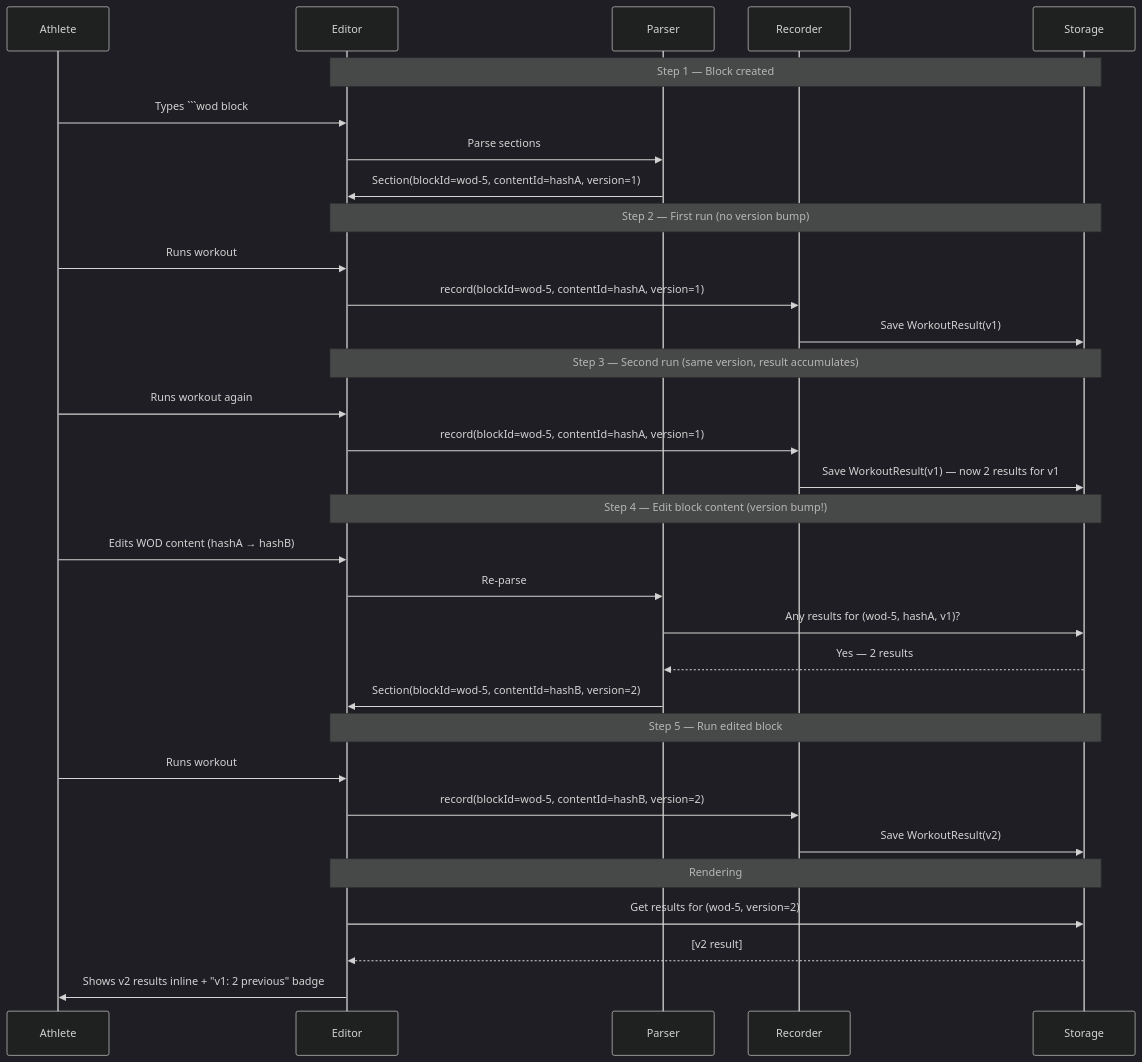
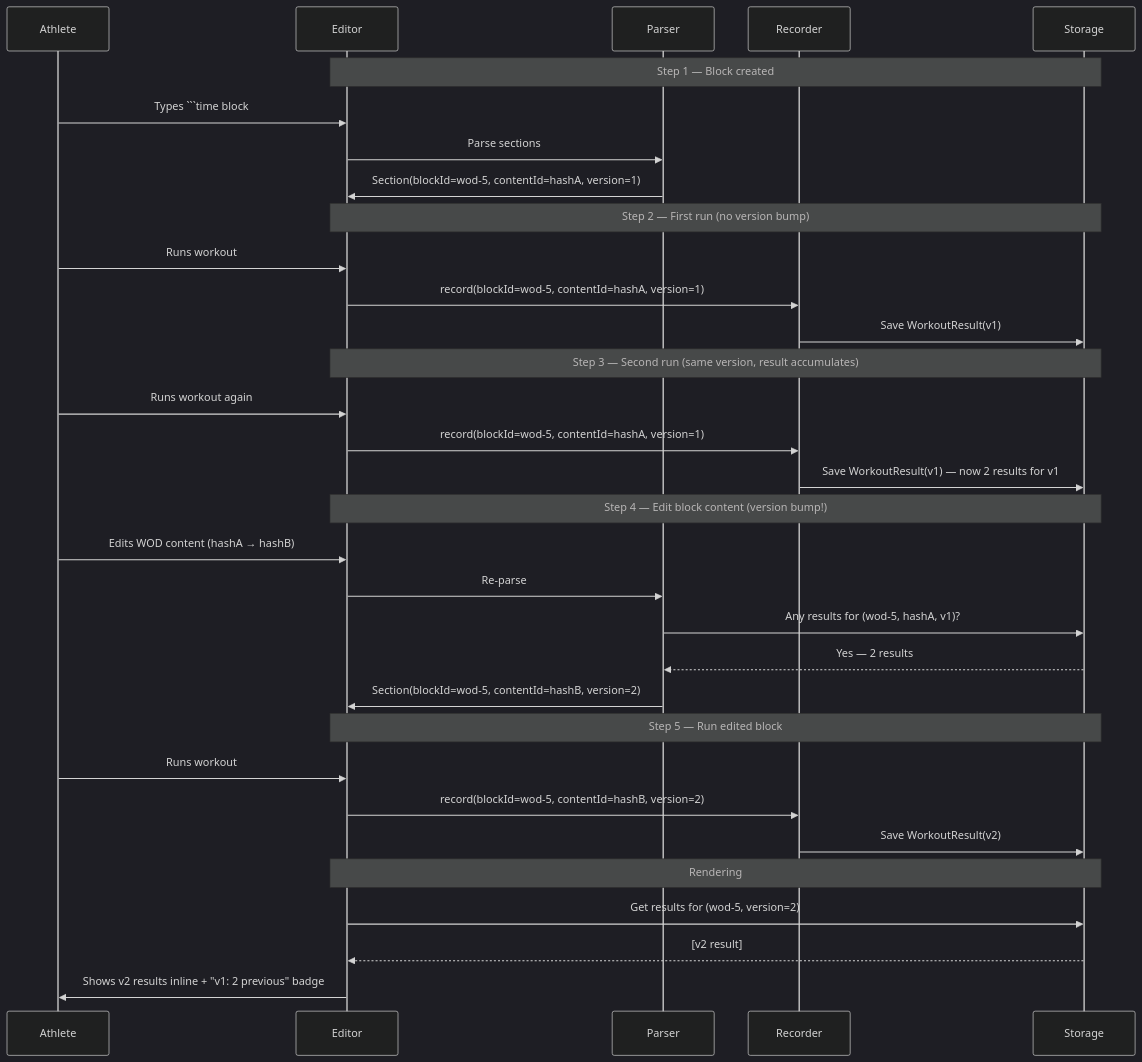
Before and after one commit to SergeiGolos/wod-wiki: the first of 4 diagrams in docs/adr/versioned-block-identity.md, drawn with Mermaid (dark theme). The commit also changed other lines of this file and 802 other files, not shown here.

````diff
--- a/docs/adr/versioned-block-identity.md
+++ b/docs/adr/versioned-block-identity.md
@@ -33,40 +33,40 @@
 ```mermaid
 sequenceDiagram
     participant U as Athlete
     participant E as Editor
     participant P as Parser
     participant R as Recorder
     participant S as Storage
 
     Note over E,S: Step 1 — Block created
-    U->>E: Types ```wod block
+    U->>E: Types ```time block
     E->>P: Parse sections
     P->>E: Section(blockId=wod-5, contentId=hashA, version=1)
 
     Note over E,S: Step 2 — First run (no version bump)
     U->>E: Runs workout
     E->>R: record(blockId=wod-5, contentId=hashA, version=1)
     R->>S: Save WorkoutResult(v1)
 
     Note over E,S: Step 3 — Second run (same version, result accumulates)
     U->>E: Runs workout again
     E->>R: record(blockId=wod-5, contentId=hashA, version=1)
     R->>S: Save WorkoutResult(v1) — now 2 results for v1
 
     Note over E,S: Step 4 — Edit block content (version bump!)
     U->>E: Edits WOD content (hashA → hashB)
     E->>P: Re-parse
     P->>S: Any results for (wod-5, hashA, v1)?
     S-->>P: Yes — 2 results
     P->>E: Section(blockId=wod-5, contentId=hashB, version=2)
 
     Note over E,S: Step 5 — Run edited block
     U->>E: Runs workout
     E->>R: record(blockId=wod-5, contentId=hashB, version=2)
     R->>S: Save WorkoutResult(v2)
 
     Note over E,S: Rendering
     E->>S: Get results for (wod-5, version=2)
     S-->>E: [v2 result]
     E->>U: Shows v2 results inline + "v1: 2 previous" badge
 ```
````
